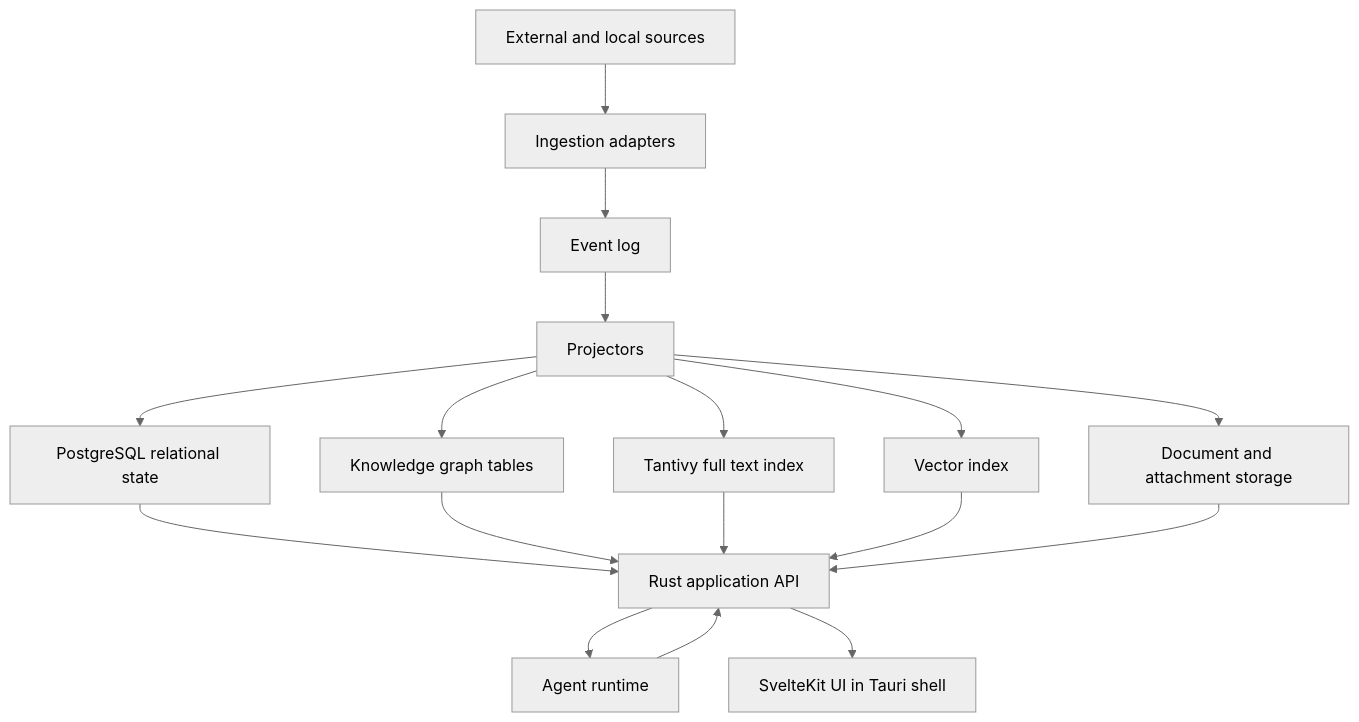
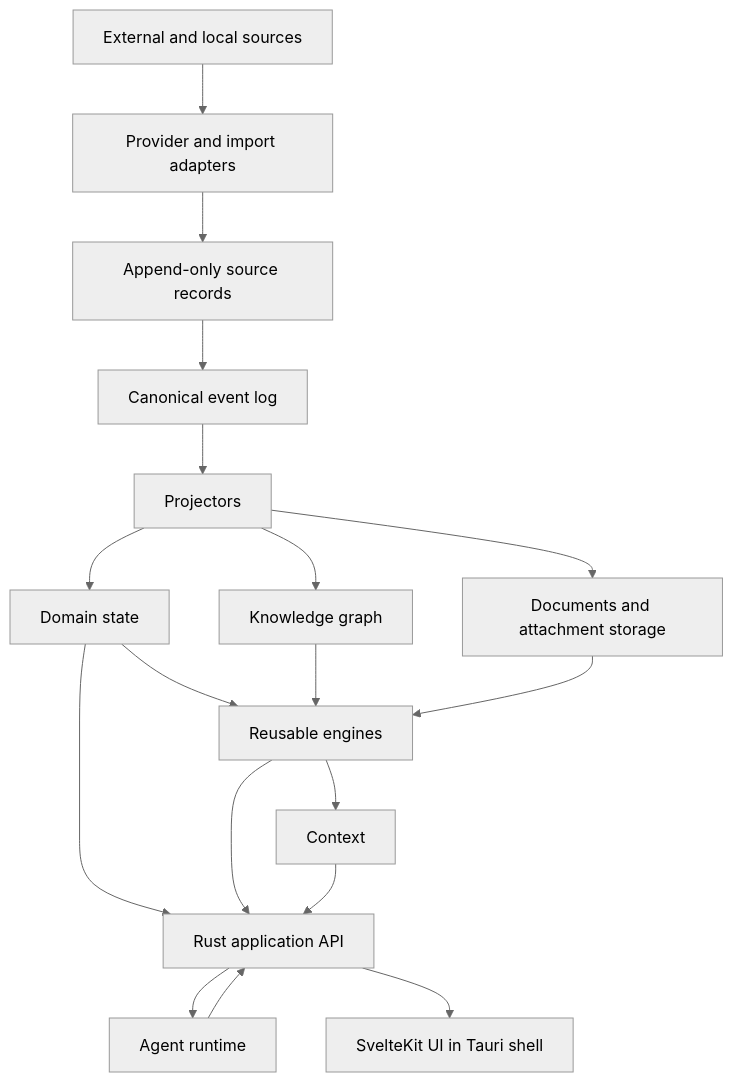
The diagram in docs/architecture/architecture-overview.md (Mesteriis/hermes-os), drawn with Mermaid (neutral theme) before and after one commit. The commit also changed other lines of this file and 110 other files, not shown here.

````diff
--- a/docs/architecture/architecture-overview.md
+++ b/docs/architecture/architecture-overview.md
@@ -9,19 +19,20 @@
 ```mermaid
 flowchart TB
-    Sources["External and local sources"] --> Adapters["Ingestion adapters"]
-    Adapters --> EventLog["Event log"]
+    Sources["External and local sources"] --> Adapters["Provider and import adapters"]
+    Adapters --> SourceRecords["Append-only source records"]
+    SourceRecords --> EventLog["Canonical event log"]
     EventLog --> Projectors["Projectors"]
-    Projectors --> Relational["PostgreSQL relational state"]
-    Projectors --> Graph["Knowledge graph tables"]
-    Projectors --> Search["Tantivy full text index"]
-    Projectors --> Vector["Vector index"]
-    Projectors --> Objects["Document and attachment storage"]
-    Relational --> API["Rust application API"]
-    Graph --> API
-    Search --> API
-    Vector --> API
-    Objects --> API
+    Projectors --> Domains["Domain state"]
+    Projectors --> Graph["Knowledge graph"]
+    Projectors --> Objects["Documents and attachment storage"]
+    Domains --> Engines["Reusable engines"]
+    Graph --> Engines
+    Objects --> Engines
+    Engines --> Context["Context"]
+    Domains --> API["Rust application API"]
+    Engines --> API
+    Context --> API
     API --> Agents["Agent runtime"]
     Agents --> API
     API --> UI["SvelteKit UI in Tauri shell"]
 ```
````
